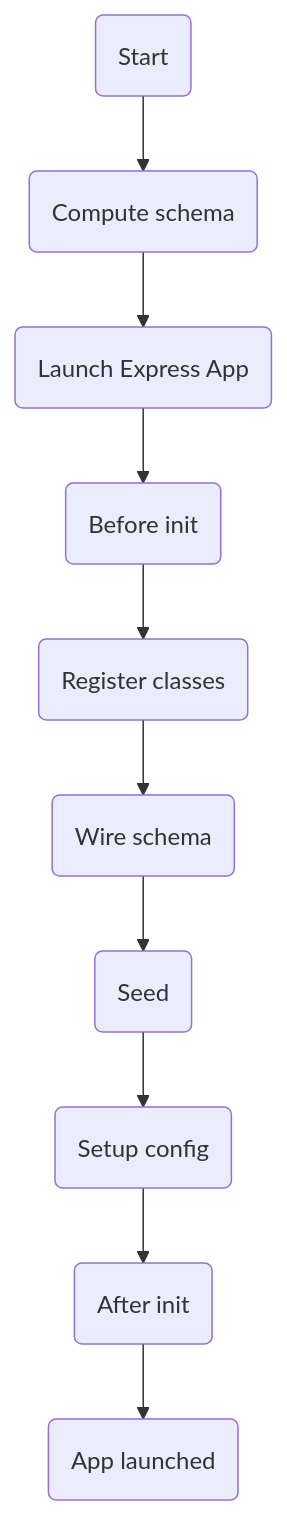
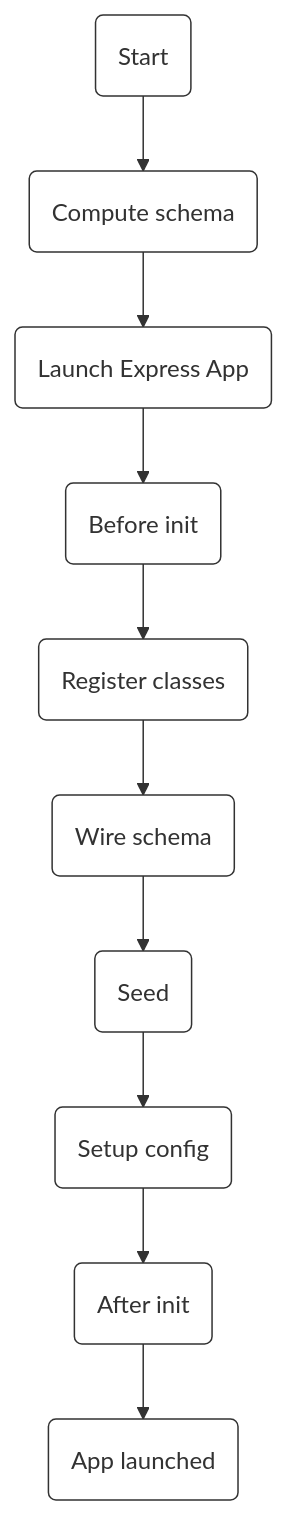
One commit to servable-community/servable-documentation changed the diagram in docs/servable/lifecycle.mdx. Above: the diagram before and after it, drawn with Mermaid. The commit also changed 8 other files, not shown here.

Commit message:
Mermaid theme

````diff
--- a/docs/servable/lifecycle.mdx
+++ b/docs/servable/lifecycle.mdx
@@ -21,12 +21,26 @@
 ```mermaid
+%%{
+  init: {
+    'theme': 'base',
+    'themeVariables': {
+      'primaryColor': '#fff',
+      'primaryTextColor': '#323232',
+      'primaryBorderColor': '#323232',
+      'lineColor': '#323232',
+      'secondaryColor': '#e76f51',
+      'tertiaryColor': '#e76f51',
+      'fontFamily': 'Space Grotesk' 
+    }
+  }
+}%%
 graph TD
     A(Start) --> computeSchema(Compute schema)
     computeSchema --> launchExpressApp(Launch Express App)
     launchExpressApp --> beforeInit(Before init)
     beforeInit --> registerClasses(Register classes)
     registerClasses --> wireSchema(Wire schema)    
     wireSchema --> seed(Seed)        
     seed --> config(Setup config)
     config --> afterInit(After init)
     afterInit --> B(App launched)
 ```
````
